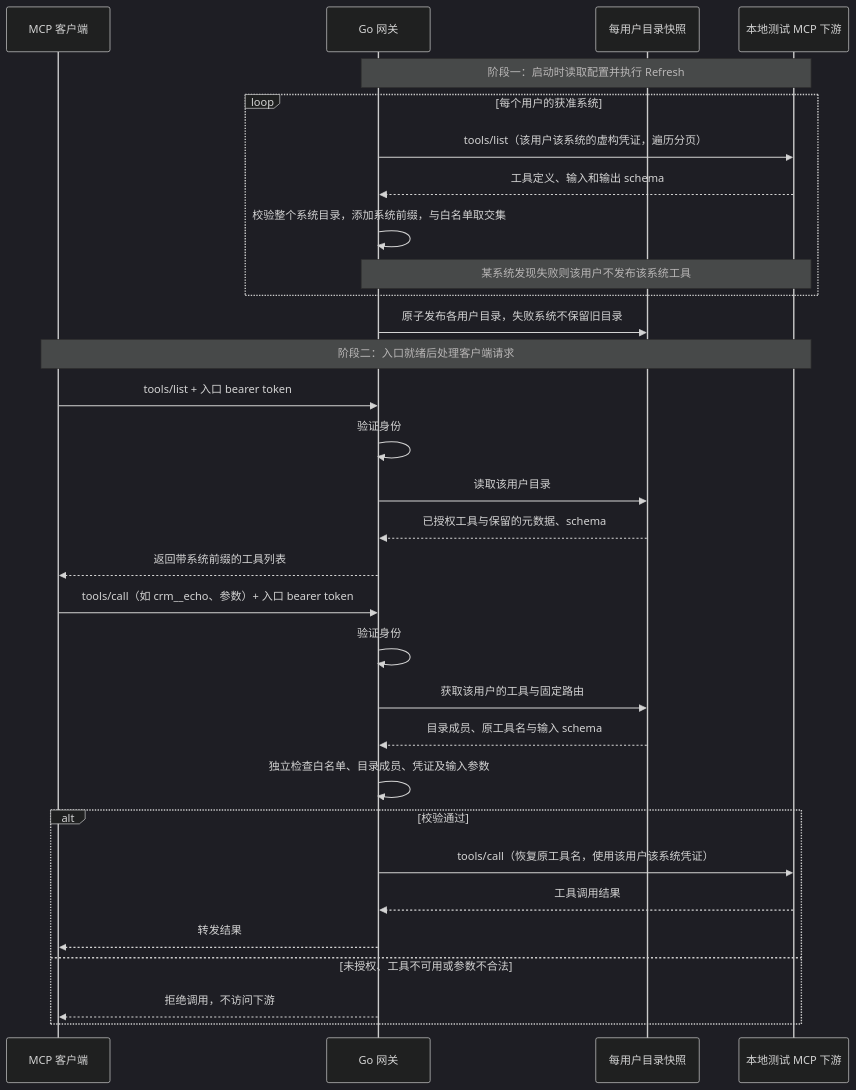
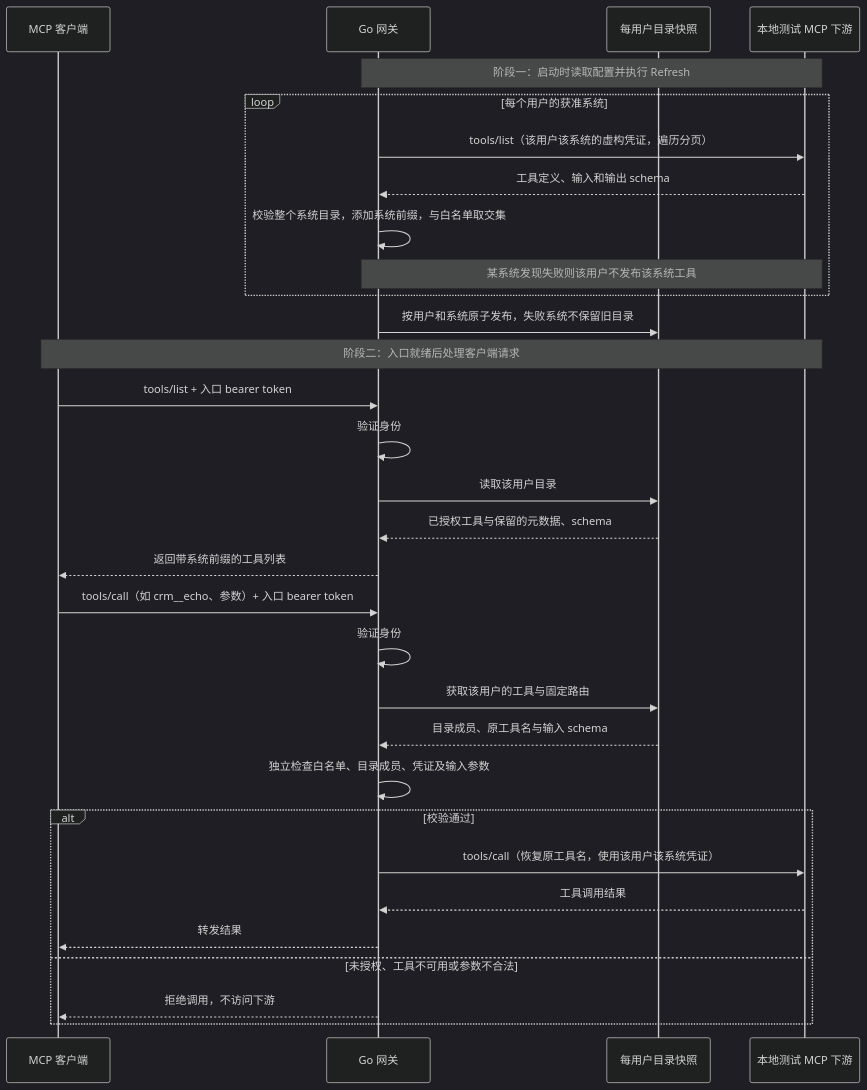
Before and after one commit to yangkangbug/mcp-entry: the second of 2 diagrams in README.md, drawn with Mermaid (dark theme). The commit also changed other lines of this file and 27 other files, not shown here.

````diff
--- a/README.md
+++ b/README.md
@@ -44,36 +44,36 @@
 ```mermaid
 sequenceDiagram
     participant C as MCP 客户端
     participant G as Go 网关
     participant S as 每用户目录快照
     participant D as 本地测试 MCP 下游
 
     Note over G,D: 阶段一：启动时读取配置并执行 Refresh
     loop 每个用户的获准系统
         G->>D: tools/list（该用户该系统的虚构凭证，遍历分页）
         D-->>G: 工具定义、输入和输出 schema
         G->>G: 校验整个系统目录，添加系统前缀，与白名单取交集
         Note over G,D: 某系统发现失败则该用户不发布该系统工具
     end
-    G->>S: 原子发布各用户目录，失败系统不保留旧目录
+    G->>S: 按用户和系统原子发布，失败系统不保留旧目录
 
     Note over C,D: 阶段二：入口就绪后处理客户端请求
     C->>G: tools/list + 入口 bearer token
     G->>G: 验证身份
     G->>S: 读取该用户目录
     S-->>G: 已授权工具与保留的元数据、schema
     G-->>C: 返回带系统前缀的工具列表
 
     C->>G: tools/call（如 crm__echo、参数）+ 入口 bearer token
     G->>G: 验证身份
     G->>S: 获取该用户的工具与固定路由
     S-->>G: 目录成员、原工具名与输入 schema
     G->>G: 独立检查白名单、目录成员、凭证及输入参数
     alt 校验通过
         G->>D: tools/call（恢复原工具名，使用该用户该系统凭证）
         D-->>G: 工具调用结果
         G-->>C: 转发结果
     else 未授权、工具不可用或参数不合法
         G-->>C: 拒绝调用，不访问下游
     end
 ```
````
